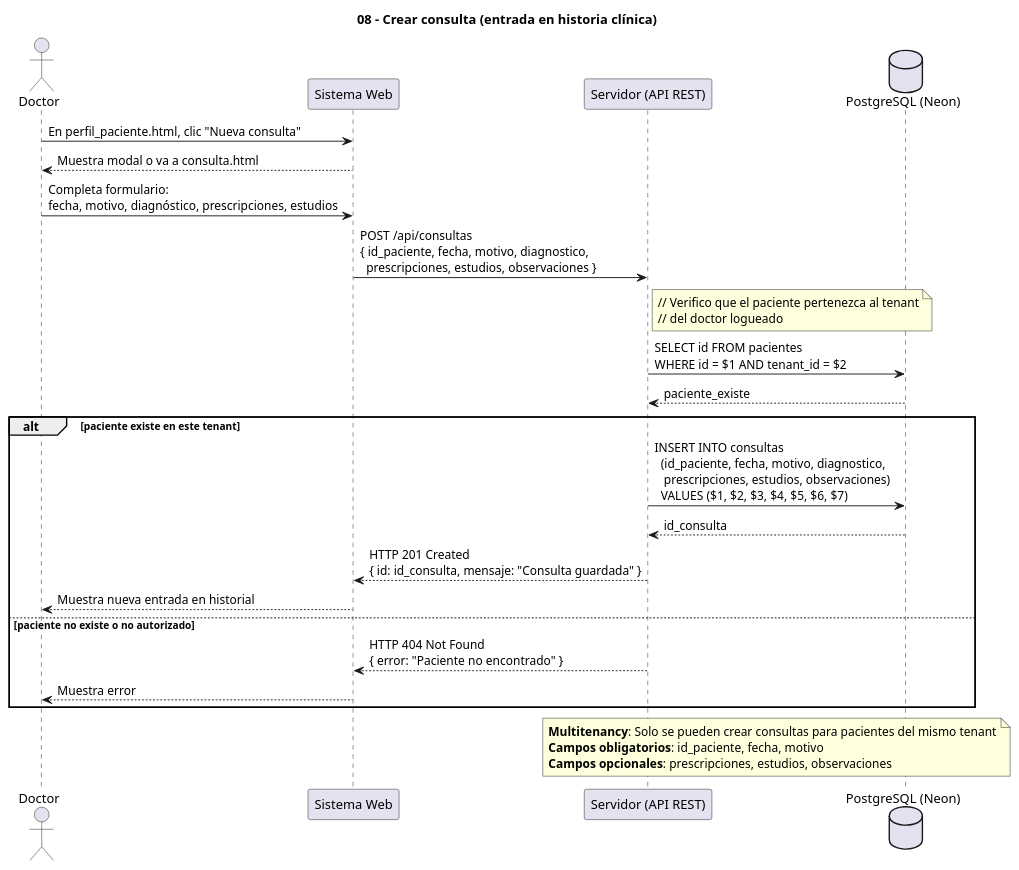
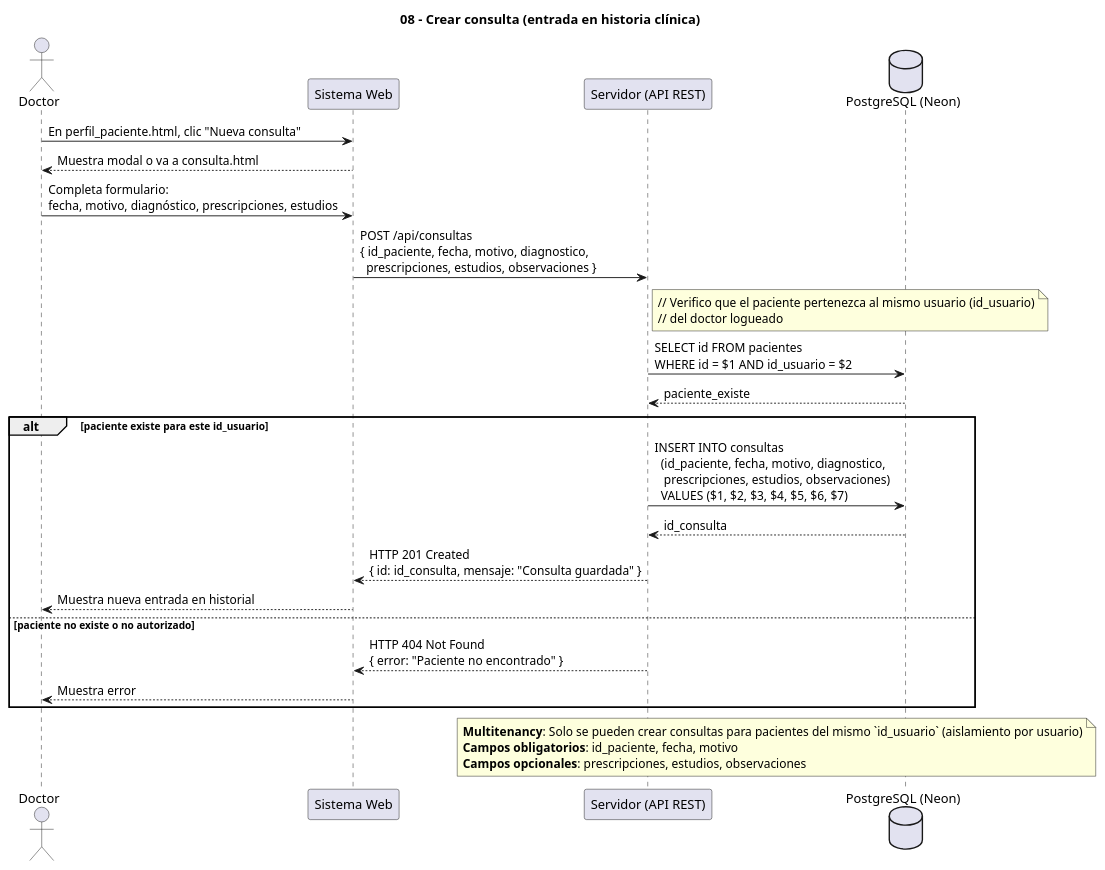
One commit to marcostoledo96/mvp_historias-clinicas changed the diagram in docs/08_crear_consulta.puml. Above: the diagram before and after it, drawn with PlantUML. The commit also changed 38 other files, not shown here.

Commit message:
Actualizacion UML

```diff
--- a/docs/08_crear_consulta.puml
+++ b/docs/08_crear_consulta.puml
@@ -1,44 +1,44 @@
 @startuml
 ' Diagrama 08 - Crear consulta
 ' Registrar nueva entrada en la historia clínica del paciente
 title 08 - Crear consulta (entrada en historia clínica)
 
 actor Doctor
 participant "Sistema Web" as Web
 participant "Servidor (API REST)" as Server
 database "PostgreSQL (Neon)" as DB
 
 Doctor -> Web : En perfil_paciente.html, clic "Nueva consulta"
 Web --> Doctor : Muestra modal o va a consulta.html
 
 Doctor -> Web : Completa formulario:\nfecha, motivo, diagnóstico, prescripciones, estudios
 
 Web -> Server : POST /api/consultas\n{ id_paciente, fecha, motivo, diagnostico,\n  prescripciones, estudios, observaciones }
 
 note right of Server
-  // Verifico que el paciente pertenezca al tenant
+  // Verifico que el paciente pertenezca al mismo usuario (id_usuario)
   // del doctor logueado
 end note
 
-Server -> DB : SELECT id FROM pacientes\nWHERE id = $1 AND tenant_id = $2
+Server -> DB : SELECT id FROM pacientes\nWHERE id = $1 AND id_usuario = $2
 DB --> Server : paciente_existe
 
-alt paciente existe en este tenant
+alt paciente existe para este id_usuario
   Server -> DB : INSERT INTO consultas\n  (id_paciente, fecha, motivo, diagnostico,\n   prescripciones, estudios, observaciones)\n  VALUES ($1, $2, $3, $4, $5, $6, $7)
   DB --> Server : id_consulta
   
   Server --> Web : HTTP 201 Created\n{ id: id_consulta, mensaje: "Consulta guardada" }
   Web --> Doctor : Muestra nueva entrada en historial
   
 else paciente no existe o no autorizado
   Server --> Web : HTTP 404 Not Found\n{ error: "Paciente no encontrado" }
   Web --> Doctor : Muestra error
 end
 
 note over Server, DB
-  **Multitenancy**: Solo se pueden crear consultas para pacientes del mismo tenant
+  **Multitenancy**: Solo se pueden crear consultas para pacientes del mismo `id_usuario` (aislamiento por usuario)
   **Campos obligatorios**: id_paciente, fecha, motivo
   **Campos opcionales**: prescripciones, estudios, observaciones
 end note
 
 @enduml
```
